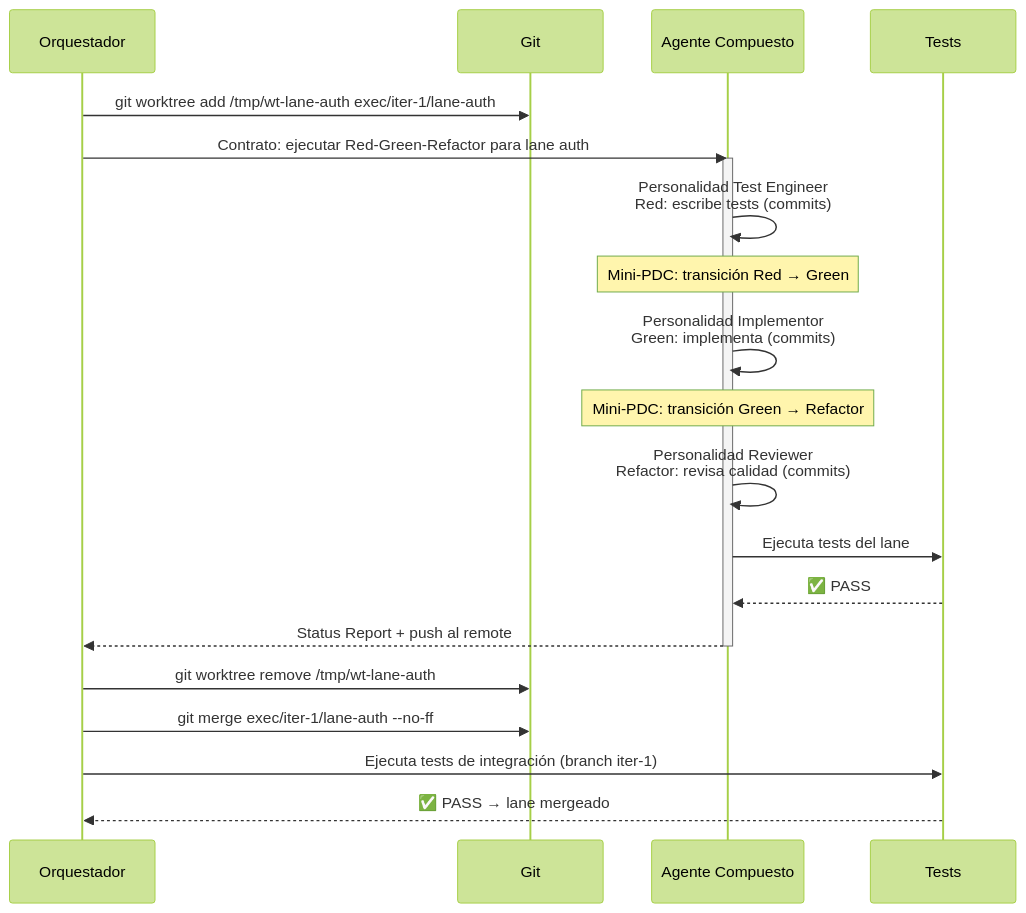
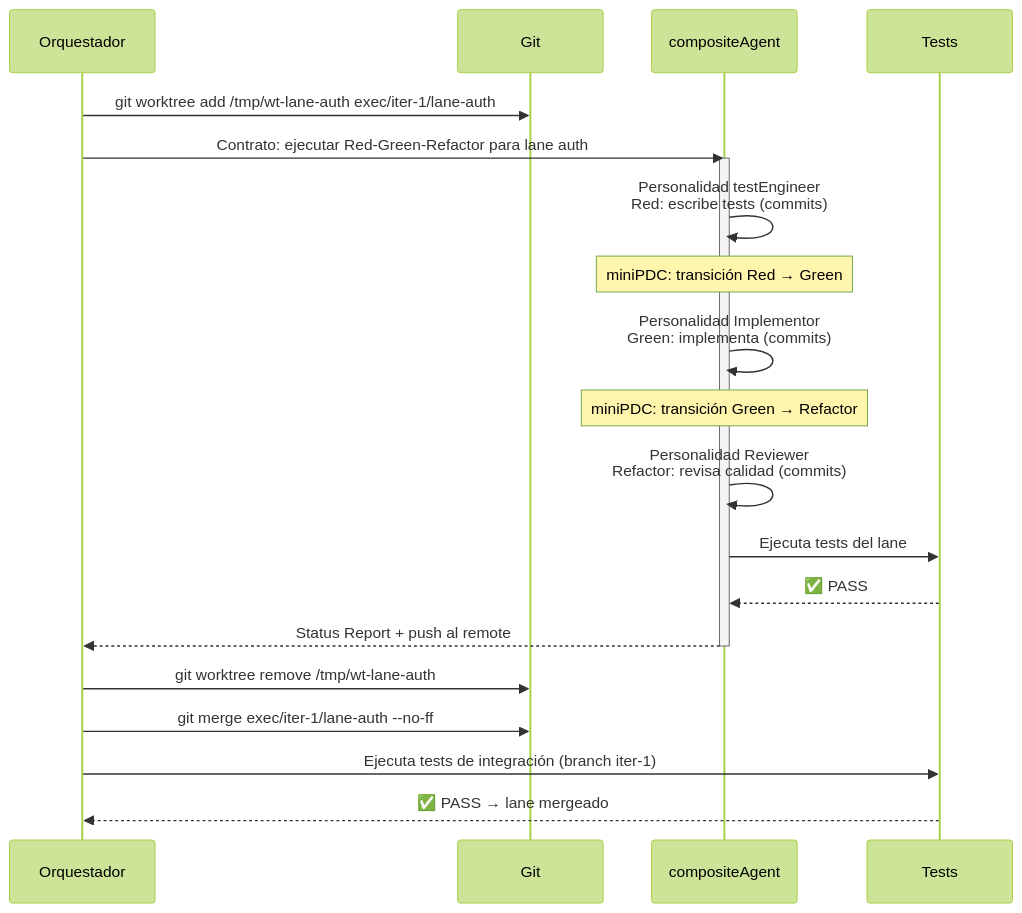
One commit to virgenherrera/idea-to-mvp changed the third of 7 diagrams in docs/execution/git-strategy.md. Above: the diagram before and after it, drawn with Mermaid (forest theme). The commit also changed other lines of this file and 30 other files, not shown here.

````diff
--- a/docs/execution/git-strategy.md
+++ b/docs/execution/git-strategy.md
@@ -159,27 +173,27 @@
 ```mermaid
 sequenceDiagram
     participant OE as Orquestador
     participant GIT as Git
-    participant AG as Agente Compuesto
+    participant AG as compositeAgent
     participant CI as Tests
 
     OE->>GIT: git worktree add /tmp/wt-lane-auth exec/iter-1/lane-auth
     OE->>AG: Contrato: ejecutar Red-Green-Refactor para lane auth
     activate AG
 
-    AG->>AG: Personalidad Test Engineer<br/>Red: escribe tests (commits)
-    Note over AG: Mini-PDC: transición Red → Green
+    AG->>AG: Personalidad testEngineer<br/>Red: escribe tests (commits)
+    Note over AG: miniPDC: transición Red → Green
     AG->>AG: Personalidad Implementor<br/>Green: implementa (commits)
-    Note over AG: Mini-PDC: transición Green → Refactor
+    Note over AG: miniPDC: transición Green → Refactor
     AG->>AG: Personalidad Reviewer<br/>Refactor: revisa calidad (commits)
     AG->>CI: Ejecuta tests del lane
     CI-->>AG: ✅ PASS
 
     AG-->>OE: Status Report + push al remote
     deactivate AG
 
     OE->>GIT: git worktree remove /tmp/wt-lane-auth
     OE->>GIT: git merge exec/iter-1/lane-auth --no-ff
     OE->>CI: Ejecuta tests de integración (branch iter-1)
     CI-->>OE: ✅ PASS → lane mergeado
 ```
````
